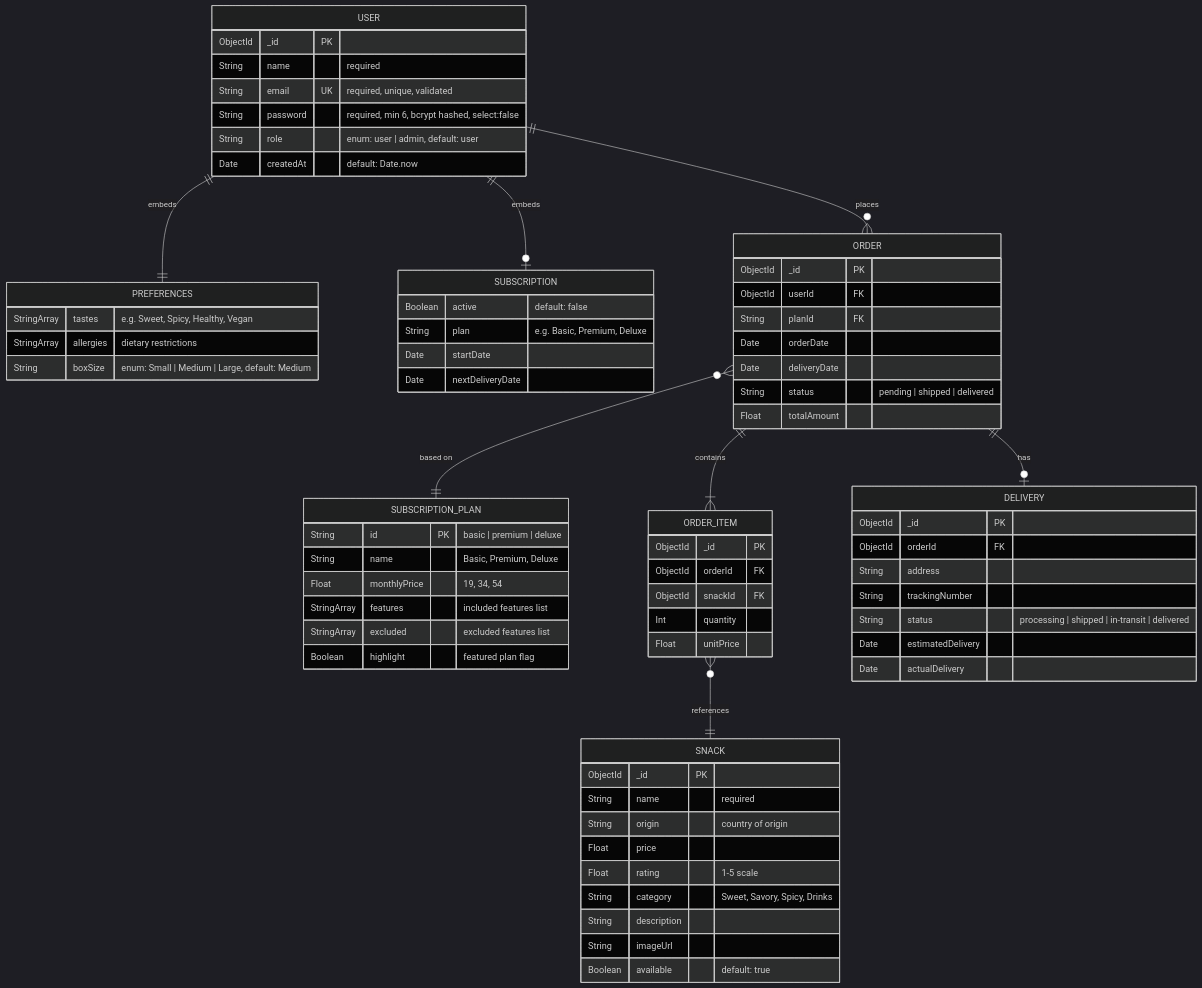
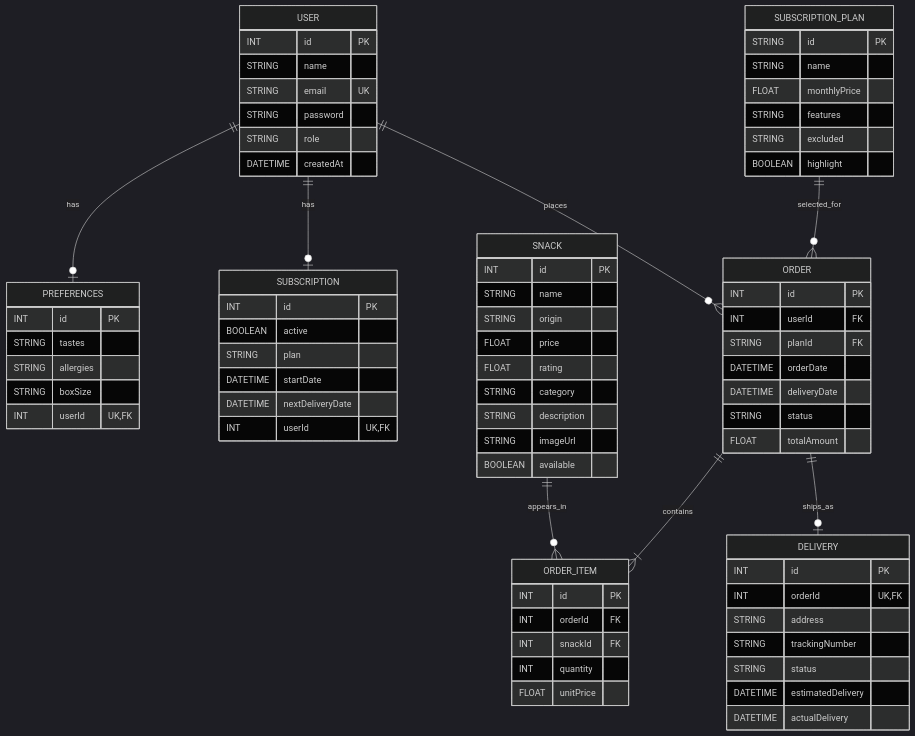
The diagram in ErDiagram.md (Mario5T/FSDE_Project), drawn with Mermaid (dark theme) before and after one commit. The commit also changed other lines of this file and 27 other files, not shown here.

Commit message:
Refactor backend architecture, update project diagrams, and add Vercel deployment config

````diff
--- a/ErDiagram.md
+++ b/ErDiagram.md
@@ -5,82 +5,85 @@
 ```mermaid
 erDiagram
     USER {
-        ObjectId _id PK
-        String name "required"
-        String email UK "required, unique, validated"
-        String password "required, min 6, bcrypt hashed, select:false"
-        String role "enum: user | admin, default: user"
-        Date createdAt "default: Date.now"
+        INT id PK
+        STRING name
+        STRING email UK
+        STRING password
+        STRING role
+        DATETIME createdAt
     }
 
     PREFERENCES {
-        StringArray tastes "e.g. Sweet, Spicy, Healthy, Vegan"
-        StringArray allergies "dietary restrictions"
-        String boxSize "enum: Small | Medium | Large, default: Medium"
+        INT id PK
+        STRING tastes
+        STRING allergies
+        STRING boxSize
+        INT userId UK,FK
     }
 
     SUBSCRIPTION {
-        Boolean active "default: false"
-        String plan "e.g. Basic, Premium, Deluxe"
-        Date startDate
-        Date nextDeliveryDate
+        INT id PK
+        BOOLEAN active
+        STRING plan
+        DATETIME startDate
+        DATETIME nextDeliveryDate
+        INT userId UK,FK
     }
 
     SNACK {
-        ObjectId _id PK
-        String name "required"
-        String origin "country of origin"
-        Float price
-        Float rating "1-5 scale"
-        String category "Sweet, Savory, Spicy, Drinks"
-        String description
-        String imageUrl
-        Boolean available "default: true"
+        INT id PK
+        STRING name
+        STRING origin
+        FLOAT price
+        FLOAT rating
+        STRING category
+        STRING description
+        STRING imageUrl
+        BOOLEAN available
     }
 
     SUBSCRIPTION_PLAN {
-        String id PK "basic | premium | deluxe"
-        String name "Basic, Premium, Deluxe"
-        Float monthlyPrice "19, 34, 54"
-        StringArray features "included features list"
-        StringArray excluded "excluded features list"
-        Boolean highlight "featured plan flag"
+        STRING id PK
+        STRING name
+        FLOAT monthlyPrice
+        STRING features
+        STRING excluded
+        BOOLEAN highlight
     }
 
     ORDER {
-        ObjectId _id PK
-        ObjectId userId FK
-        String planId FK
-        Date orderDate
-        Date deliveryDate
-        String status "pending | shipped | delivered"
-        Float totalAmount
+        INT id PK
+        INT userId FK
+        STRING planId FK
+        DATETIME orderDate
+        DATETIME deliveryDate
+        STRING status
+        FLOAT totalAmount
     }
 
     ORDER_ITEM {
-        ObjectId _id PK
-        ObjectId orderId FK
-        ObjectId snackId FK
-        Int quantity
-        Float unitPrice
+        INT id PK
+        INT orderId FK
+        INT snackId FK
+        INT quantity
+        FLOAT unitPrice
     }
 
     DELIVERY {
-        ObjectId _id PK
-        ObjectId orderId FK
-        String address
-        String trackingNumber
-        String status "processing | shipped | in-transit | delivered"
-        Date estimatedDelivery
-        Date actualDelivery
+        INT id PK
+        INT orderId UK,FK
+        STRING address
+        STRING trackingNumber
+        STRING status
+        DATETIME estimatedDelivery
+        DATETIME actualDelivery
     }
 
-    %% Relationships
-    USER ||--|| PREFERENCES : "embeds"
-    USER ||--o| SUBSCRIPTION : "embeds"
-    USER ||--o{ ORDER : "places"
-    ORDER ||--|{ ORDER_ITEM : "contains"
-    ORDER_ITEM }o--|| SNACK : "references"
-    ORDER }o--|| SUBSCRIPTION_PLAN : "based on"
-    ORDER ||--o| DELIVERY : "has"
+    USER ||--o| PREFERENCES : has
+    USER ||--o| SUBSCRIPTION : has
+    USER ||--o{ ORDER : places
+    SUBSCRIPTION_PLAN ||--o{ ORDER : selected_for
+    ORDER ||--|{ ORDER_ITEM : contains
+    SNACK ||--o{ ORDER_ITEM : appears_in
+    ORDER ||--o| DELIVERY : ships_as
 ```
````
